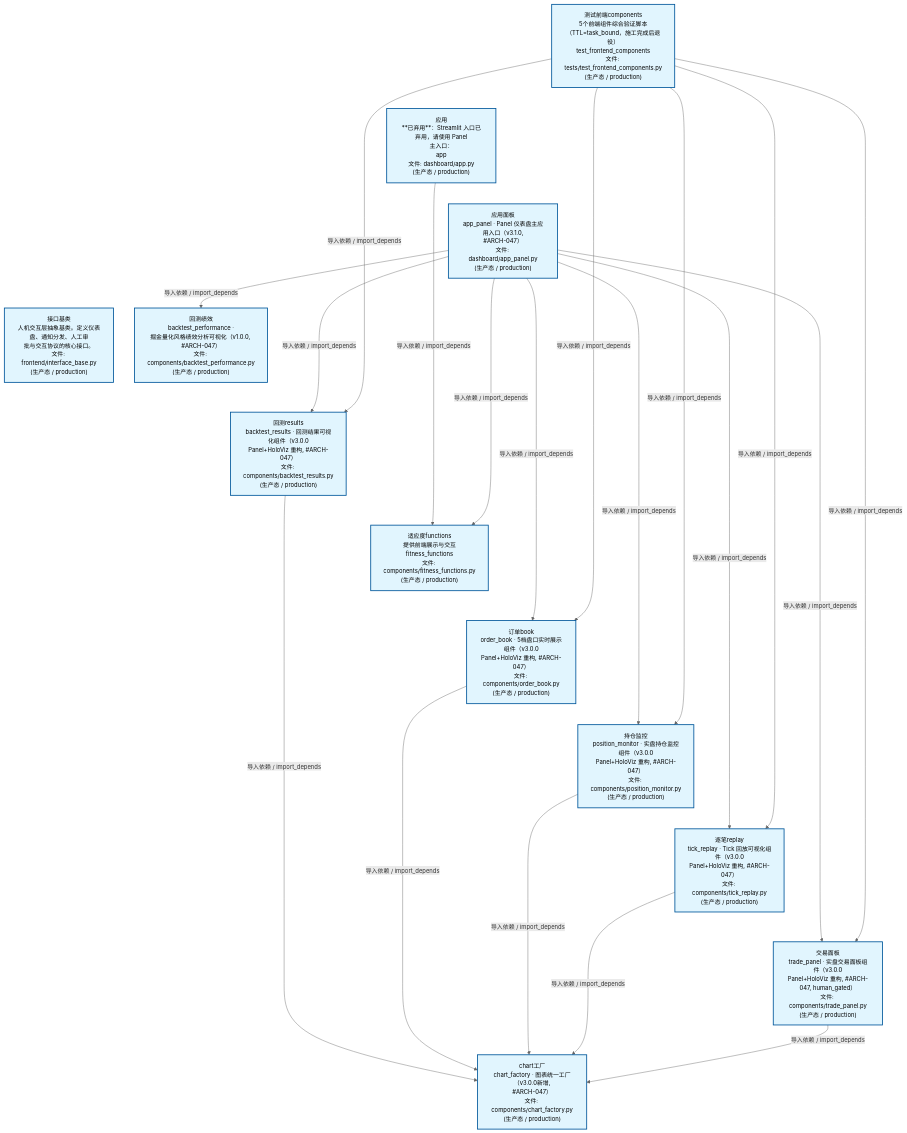
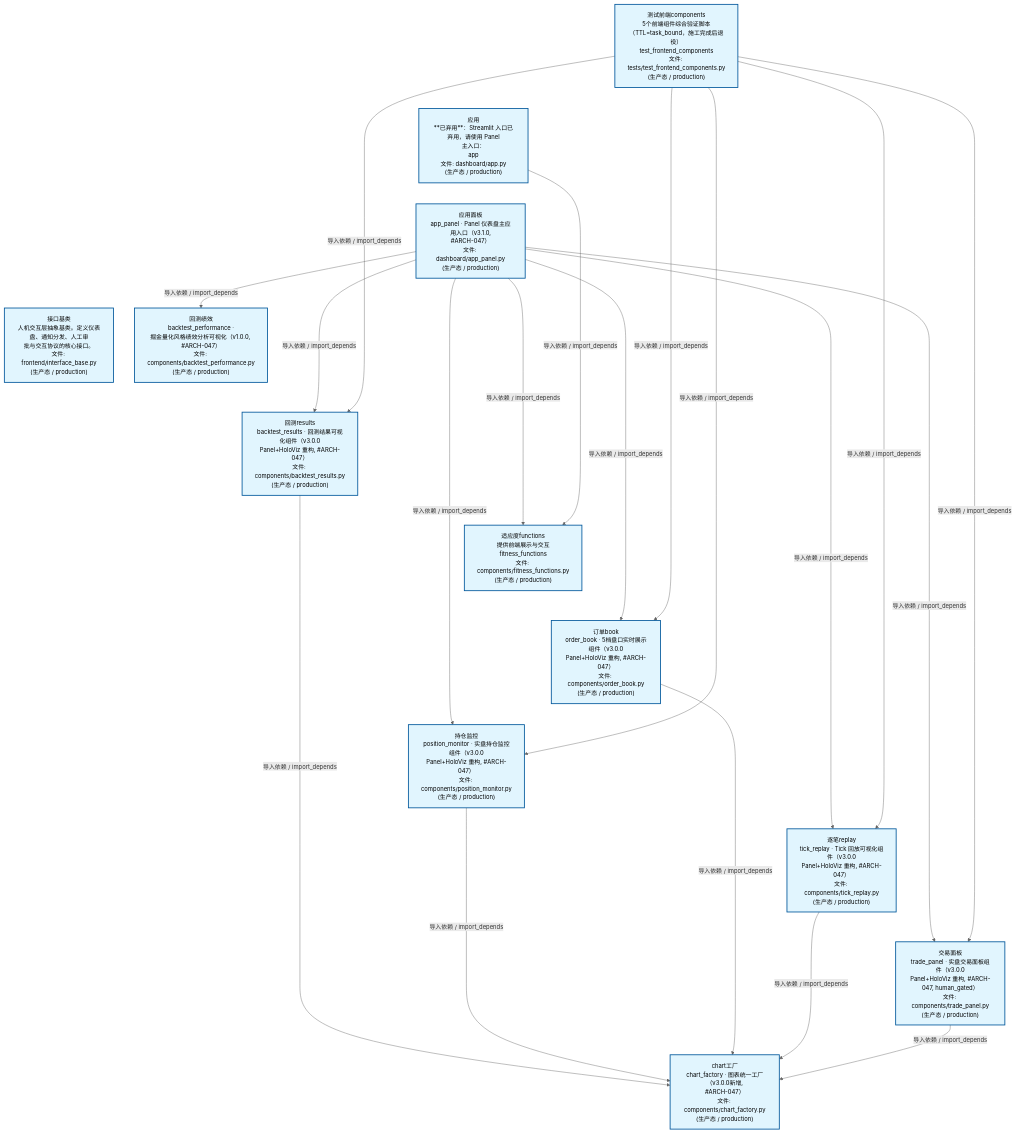
One commit to xuanFelixVan/ZephyrAlpha changed the second of 4 diagrams in docs/02_enterprise_architecture/02_domain_architecture_docs/47_d_frontend.md. Above: the diagram before and after it, drawn with Mermaid. The commit also changed other lines of this file and 44 other files, not shown here.

````diff
--- a/docs/02_enterprise_architecture/02_domain_architecture_docs/47_d_frontend.md
+++ b/docs/02_enterprise_architecture/02_domain_architecture_docs/47_d_frontend.md
@@ -124,48 +124,48 @@
 ```mermaid
 %%{init: {'theme': 'base', 'themeVariables': {'primaryColor': '#eaeaea', 'primaryTextColor': '#333333', 'primaryBorderColor': '#666666', 'lineColor': '#666666', 'secondaryColor': '#eaeaea', 'tertiaryColor': '#eaeaea', 'fontSize': '14px'}}}%%
 flowchart TD
     scripts_tests_test_frontend_components_py["测试前端components<br/>5个前端组件综合验证脚本<br/>（TTL=task_bound，施工完成后退役）<br/>test_frontend_components<br/>文件: tests/test_frontend_components.py<br/>(生产态 / production)"]
     src_zephyr_frontend_dashboard_app_py["应用<br/>**已弃用**：Streamlit 入口已弃用，请使用 Panel<br/>主入口：<br/>app<br/>文件: dashboard/app.py<br/>(生产态 / production)"]
     src_zephyr_frontend_dashboard_app_panel_py["应用面板<br/>app_panel · Panel 仪表盘主应用入口（v3.1.0,<br/>#ARCH-047）<br/>文件: dashboard/app_panel.py<br/>(生产态 / production)"]
     src_zephyr_frontend_interface_base_py["接口基类<br/>人机交互层抽象基类。定义仪表盘、通知分发、人工审<br/>批与交互协议的核心接口。<br/>文件: frontend/interface_base.py<br/>(生产态 / production)"]
     scripts_tests_test_frontend_components_py ~~~ src_zephyr_frontend_dashboard_app_py
     src_zephyr_frontend_dashboard_app_py ~~~ src_zephyr_frontend_dashboard_app_panel_py
     src_zephyr_frontend_dashboard_app_panel_py ~~~ src_zephyr_frontend_interface_base_py
     src_zephyr_frontend_dashboard_components_backtest_performance_py["回测绩效<br/>backtest_performance ·<br/>掘金量化风格绩效分析可视化（v1.0.0, #ARCH-047）<br/>文件: components/backtest_performance.py<br/>(生产态 / production)"]
     src_zephyr_frontend_dashboard_components_backtest_results_py["回测results<br/>backtest_results · 回测结果可视化组件（v3.0.0<br/>Panel+HoloViz 重构, #ARCH-047）<br/>文件: components/backtest_results.py<br/>(生产态 / production)"]
     src_zephyr_frontend_dashboard_components_fitness_functions_py["适应度functions<br/>提供前端展示与交互<br/>fitness_functions<br/>文件: components/fitness_functions.py<br/>(生产态 / production)"]
     src_zephyr_frontend_dashboard_components_order_book_py["订单book<br/>order_book · 5档盘口实时展示组件（v3.0.0<br/>Panel+HoloViz 重构, #ARCH-047）<br/>文件: components/order_book.py<br/>(生产态 / production)"]
     src_zephyr_frontend_dashboard_components_position_monitor_py["持仓监控<br/>position_monitor · 实盘持仓监控组件（v3.0.0<br/>Panel+HoloViz 重构, #ARCH-047）<br/>文件: components/position_monitor.py<br/>(生产态 / production)"]
     src_zephyr_frontend_dashboard_components_tick_replay_py["逐笔replay<br/>tick_replay · Tick 回放可视化组件（v3.0.0<br/>Panel+HoloViz 重构, #ARCH-047）<br/>文件: components/tick_replay.py<br/>(生产态 / production)"]
     src_zephyr_frontend_dashboard_components_trade_panel_py["交易面板<br/>trade_panel · 实盘交易面板组件（v3.0.0<br/>Panel+HoloViz 重构, #ARCH-047, human_gated）<br/>文件: components/trade_panel.py<br/>(生产态 / production)"]
     src_zephyr_frontend_dashboard_components_backtest_performance_py ~~~ src_zephyr_frontend_dashboard_components_backtest_results_py
     src_zephyr_frontend_dashboard_components_backtest_results_py ~~~ src_zephyr_frontend_dashboard_components_fitness_functions_py
     src_zephyr_frontend_dashboard_components_fitness_functions_py ~~~ src_zephyr_frontend_dashboard_components_order_book_py
     src_zephyr_frontend_dashboard_components_order_book_py ~~~ src_zephyr_frontend_dashboard_components_position_monitor_py
     src_zephyr_frontend_dashboard_components_position_monitor_py ~~~ src_zephyr_frontend_dashboard_components_tick_replay_py
     src_zephyr_frontend_dashboard_components_tick_replay_py ~~~ src_zephyr_frontend_dashboard_components_trade_panel_py
     src_zephyr_frontend_dashboard_components_chart_factory_py["chart工厂<br/>chart_factory · 图表统一工厂（v3.0.0新增,<br/>#ARCH-047）<br/>文件: components/chart_factory.py<br/>(生产态 / production)"]
-    src_zephyr_frontend_dashboard_app_py -->|导入依赖 / import_depends| src_zephyr_frontend_dashboard_components_fitness_functions_py
+    src_zephyr_frontend_dashboard_app_panel_py -->|导入依赖 / import_depends| src_zephyr_frontend_dashboard_components_fitness_functions_py
+    src_zephyr_frontend_dashboard_app_panel_py -->|导入依赖 / import_depends| src_zephyr_frontend_dashboard_components_backtest_results_py
+    src_zephyr_frontend_dashboard_app_panel_py -->|导入依赖 / import_depends| src_zephyr_frontend_dashboard_components_position_monitor_py
     src_zephyr_frontend_dashboard_app_panel_py -->|导入依赖 / import_depends| src_zephyr_frontend_dashboard_components_backtest_performance_py
-    src_zephyr_frontend_dashboard_app_panel_py -->|导入依赖 / import_depends| src_zephyr_frontend_dashboard_components_backtest_results_py
     src_zephyr_frontend_dashboard_app_panel_py -->|导入依赖 / import_depends| src_zephyr_frontend_dashboard_components_order_book_py
-    src_zephyr_frontend_dashboard_app_panel_py -->|导入依赖 / import_depends| src_zephyr_frontend_dashboard_components_position_monitor_py
-    src_zephyr_frontend_dashboard_app_panel_py -->|导入依赖 / import_depends| src_zephyr_frontend_dashboard_components_fitness_functions_py
     src_zephyr_frontend_dashboard_app_panel_py -->|导入依赖 / import_depends| src_zephyr_frontend_dashboard_components_tick_replay_py
     src_zephyr_frontend_dashboard_app_panel_py -->|导入依赖 / import_depends| src_zephyr_frontend_dashboard_components_trade_panel_py
+    src_zephyr_frontend_dashboard_app_py -->|导入依赖 / import_depends| src_zephyr_frontend_dashboard_components_fitness_functions_py
     src_zephyr_frontend_dashboard_components_backtest_results_py -->|导入依赖 / import_depends| src_zephyr_frontend_dashboard_components_chart_factory_py
+    src_zephyr_frontend_dashboard_components_position_monitor_py -->|导入依赖 / import_depends| src_zephyr_frontend_dashboard_components_chart_factory_py
     src_zephyr_frontend_dashboard_components_order_book_py -->|导入依赖 / import_depends| src_zephyr_frontend_dashboard_components_chart_factory_py
-    src_zephyr_frontend_dashboard_components_position_monitor_py -->|导入依赖 / import_depends| src_zephyr_frontend_dashboard_components_chart_factory_py
     src_zephyr_frontend_dashboard_components_tick_replay_py -->|导入依赖 / import_depends| src_zephyr_frontend_dashboard_components_chart_factory_py
     src_zephyr_frontend_dashboard_components_trade_panel_py -->|导入依赖 / import_depends| src_zephyr_frontend_dashboard_components_chart_factory_py
     scripts_tests_test_frontend_components_py -->|导入依赖 / import_depends| src_zephyr_frontend_dashboard_components_backtest_results_py
+    scripts_tests_test_frontend_components_py -->|导入依赖 / import_depends| src_zephyr_frontend_dashboard_components_position_monitor_py
     scripts_tests_test_frontend_components_py -->|导入依赖 / import_depends| src_zephyr_frontend_dashboard_components_order_book_py
-    scripts_tests_test_frontend_components_py -->|导入依赖 / import_depends| src_zephyr_frontend_dashboard_components_position_monitor_py
     scripts_tests_test_frontend_components_py -->|导入依赖 / import_depends| src_zephyr_frontend_dashboard_components_tick_replay_py
     scripts_tests_test_frontend_components_py -->|导入依赖 / import_depends| src_zephyr_frontend_dashboard_components_trade_panel_py
     classDef production fill:#e1f5fe,stroke:#01579b,stroke-width:2px,color:#000
     classDef design fill:#fff3e0,stroke:#e65100,stroke-width:2px,color:#000,stroke-dasharray: 5 5
     classDef external_prod fill:#e8f4fd,stroke:#0277bd,stroke-width:1px,color:#000
     classDef external_design fill:#fff8e7,stroke:#ef6c00,stroke-width:1px,color:#000,stroke-dasharray: 5 5
     class scripts_tests_test_frontend_components_py,src_zephyr_frontend_dashboard_app_py,src_zephyr_frontend_dashboard_app_panel_py,src_zephyr_frontend_dashboard_components_backtest_performance_py,src_zephyr_frontend_dashboard_components_backtest_results_py,src_zephyr_frontend_dashboard_components_chart_factory_py,src_zephyr_frontend_dashboard_components_fitness_functions_py,src_zephyr_frontend_dashboard_components_order_book_py,src_zephyr_frontend_dashboard_components_position_monitor_py,src_zephyr_frontend_dashboard_components_tick_replay_py,src_zephyr_frontend_dashboard_components_trade_panel_py,src_zephyr_frontend_interface_base_py production
 ```
````
